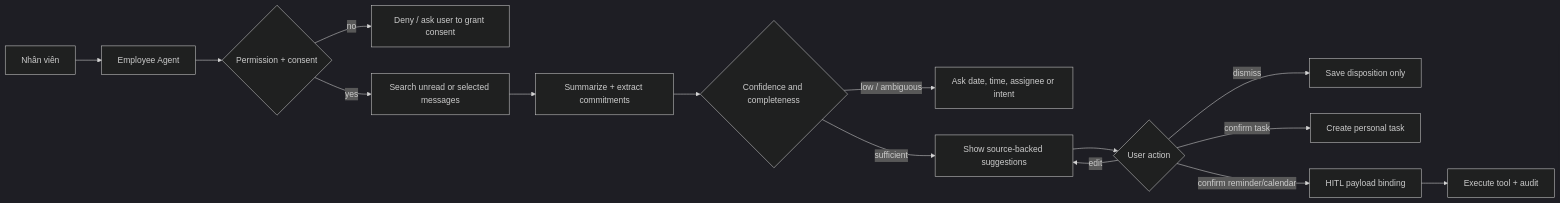
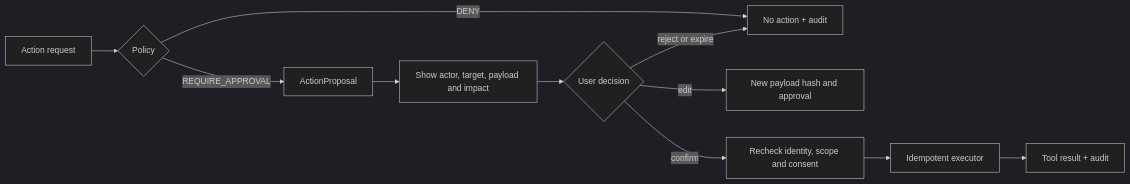
One commit to TueLT/Build-to-deploy changed the third of 6 diagrams in docs/architecture_diagram.md. Above: the diagram before and after it, drawn with Mermaid (dark theme). The commit also changed other lines of this file and 28 other files, not shown here.

````diff
--- a/docs/architecture_diagram.md
+++ b/docs/architecture_diagram.md
@@ -182,17 +370,13 @@
 ```mermaid
 flowchart LR
-    U[Nhân viên] --> R[Employee Agent]
-    R --> P{Permission + consent}
-    P -->|no| D[Deny / ask user to grant consent]
-    P -->|yes| S[Search unread or selected messages]
-    S --> C[Summarize + extract commitments]
-    C --> V{Confidence and completeness}
-    V -->|low / ambiguous| Q[Ask date, time, assignee or intent]
-    V -->|sufficient| G[Show source-backed suggestions]
-    G --> H{User action}
-    H -->|dismiss| E[Save disposition only]
-    H -->|edit| G
-    H -->|confirm task| T[Create personal task]
-    H -->|confirm reminder/calendar| X[HITL payload binding]
-    X --> Y[Execute tool + audit]
+    REQ[Action request] --> POLICY{Policy}
+    POLICY -->|DENY| STOP[No action + audit]
+    POLICY -->|REQUIRE_APPROVAL| PROP[ActionProposal]
+    PROP --> SHOW[Show actor, target, payload and impact]
+    SHOW --> CONF{User decision}
+    CONF -->|reject or expire| STOP
+    CONF -->|edit| NEW[New payload hash and approval]
+    CONF -->|confirm| RECHECK[Recheck identity, scope and consent]
+    RECHECK --> EXEC[Idempotent executor]
+    EXEC --> RESULT[Tool result + audit]
 ```
````
